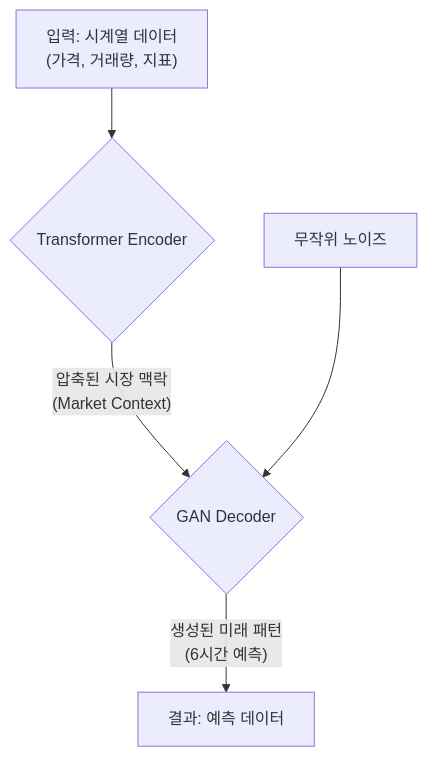
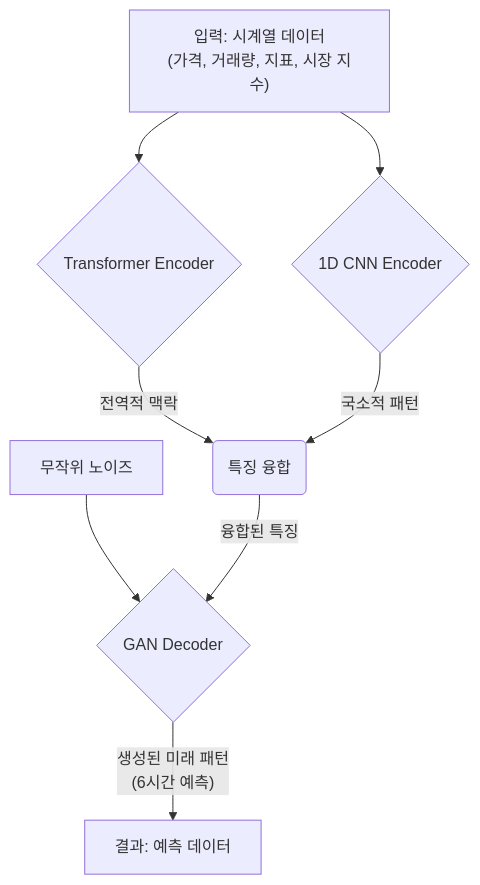
Before and after one commit to soccz/Chrono-Trader: the first of 2 diagrams in README.md, drawn with Mermaid. The commit also changed other lines of this file and 1 other file, not shown here.

````diff
--- a/README.md
+++ b/README.md
@@ -56,10 +48,10 @@
 ```mermaid
 graph TD
-    A["입력: 시계열 데이터
-    (가격, 거래량, 지표)"] --> B{Transformer Encoder};
-    B --"압축된 시장 맥락
-    (Market Context)"--> C{GAN Decoder};
-    D[무작위 노이즈] --> C;
-    C --"생성된 미래 패턴
-    (6시간 예측)"--> E[결과: 예측 데이터];
+    A["입력: 시계열 데이터\n(가격, 거래량, 지표, 시장 지수)"] --> B{Transformer Encoder};
+    A --> C{1D CNN Encoder};
+    B --"전역적 맥락"--> D(특징 융합);
+    C --"국소적 패턴"--> D;
+    E[무작위 노이즈] --> F{GAN Decoder};
+    D --"융합된 특징"--> F;
+    F --"생성된 미래 패턴\n(6시간 예측)"--> G[결과: 예측 데이터];
 ```
````
